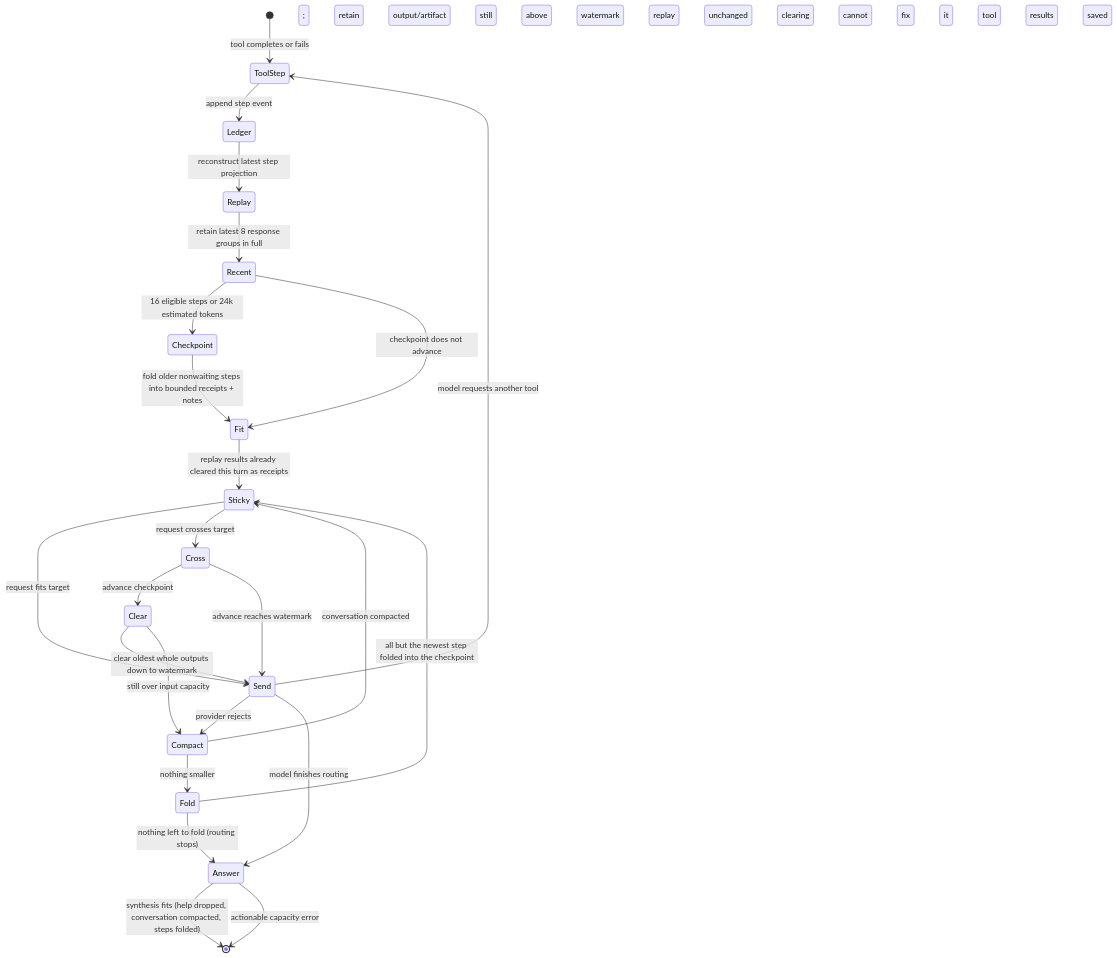
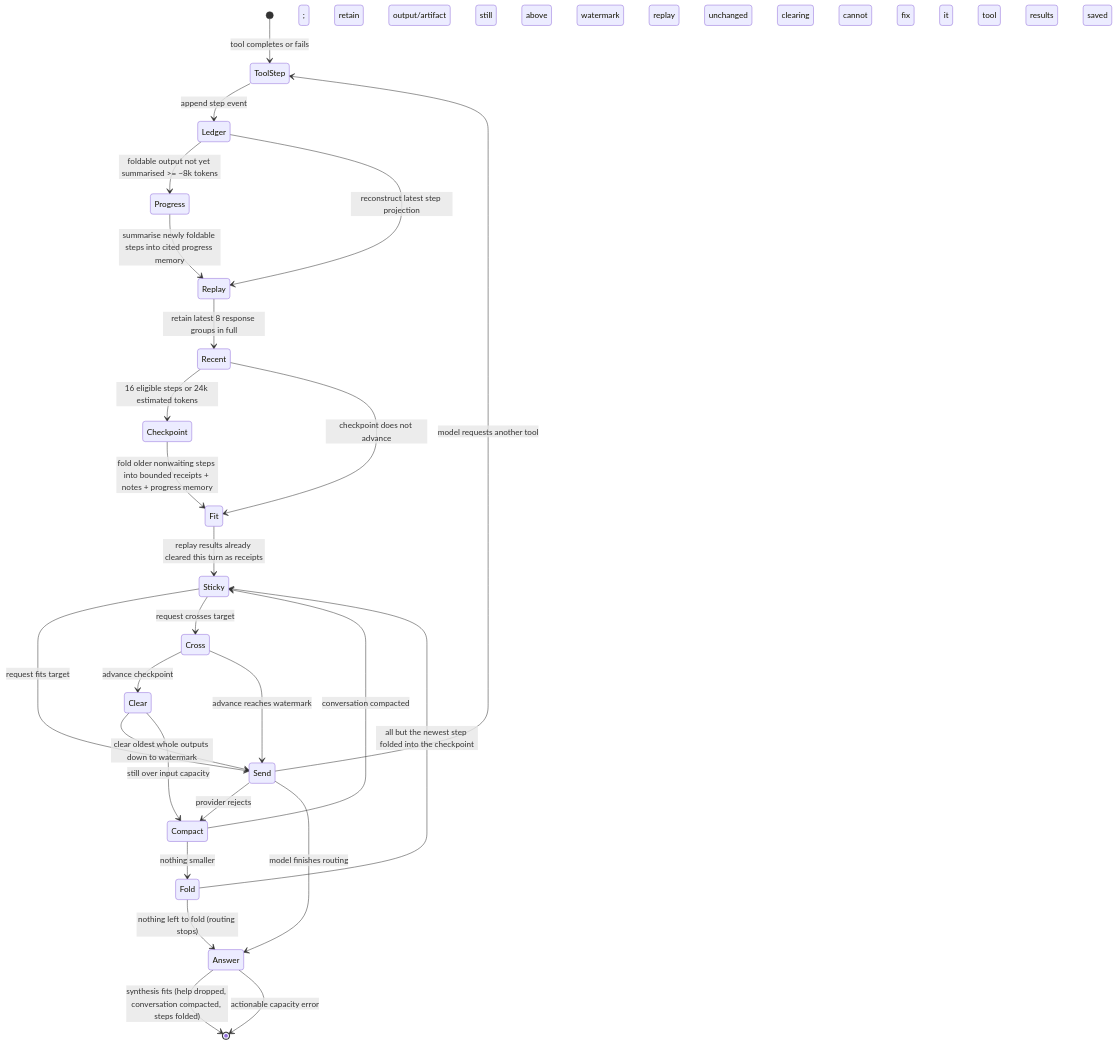
One commit to berylliumsec/nebula changed the second of 2 diagrams in docs/design/assistant-context-state-machine.md. Above: the diagram before and after it, drawn with Mermaid. The commit also changed 10 other files, not shown here.

````diff
--- a/docs/design/assistant-context-state-machine.md
+++ b/docs/design/assistant-context-state-machine.md
@@ -50,26 +50,28 @@
 ```mermaid
 stateDiagram-v2
     [*] --> ToolStep: tool completes or fails
     ToolStep --> Ledger: append step event; retain output/artifact
+    Ledger --> Progress: foldable output not yet summarised >= ~8k tokens
+    Progress --> Replay: summarise newly foldable steps into cited progress memory
     Ledger --> Replay: reconstruct latest step projection
     Replay --> Recent: retain latest 8 response groups in full
     Recent --> Checkpoint: 16 eligible steps or 24k estimated tokens
     Recent --> Fit: checkpoint does not advance
-    Checkpoint --> Fit: fold older nonwaiting steps into bounded receipts + notes
+    Checkpoint --> Fit: fold older nonwaiting steps into bounded receipts + notes + progress memory
     Fit --> Sticky: replay results already cleared this turn as receipts
     Sticky --> Send: request fits target
     Sticky --> Cross: request crosses target
     Cross --> Clear: advance checkpoint; still above watermark
     Cross --> Send: advance reaches watermark
     Clear --> Send: clear oldest whole outputs down to watermark
     Clear --> Compact: still over input capacity
     Compact --> Sticky: conversation compacted; replay unchanged
     Compact --> Fold: nothing smaller
     Fold --> Sticky: all but the newest step folded into the checkpoint
     Fold --> Answer: nothing left to fold (routing stops)
     Send --> Compact: provider rejects; clearing cannot fix it
     Send --> ToolStep: model requests another tool
     Send --> Answer: model finishes routing
     Answer --> [*]: synthesis fits (help dropped, conversation compacted, steps folded)
     Answer --> [*]: actionable capacity error; tool results saved
 ```
````
